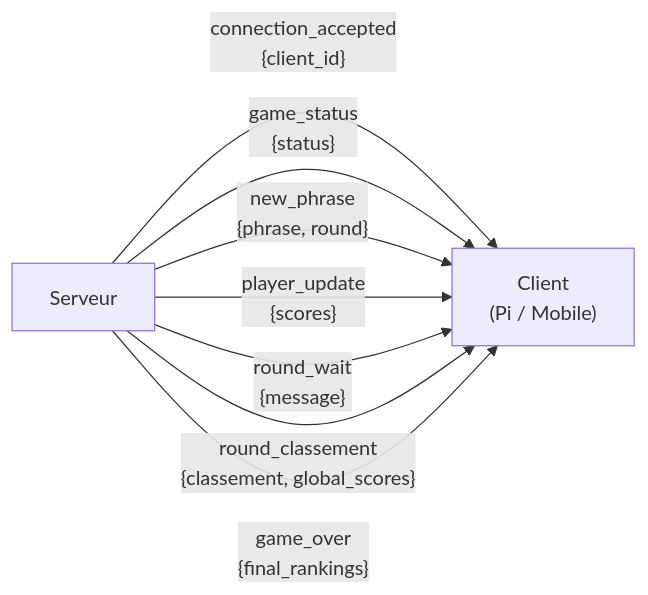
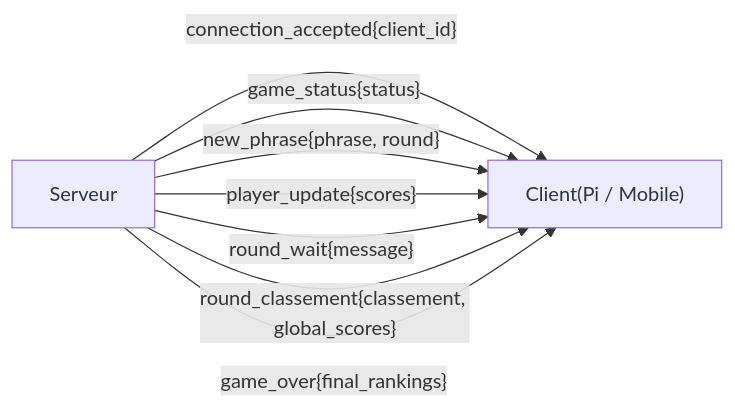
The sixth of 17 diagrams in ARCHITECTURE.md (EnterNAthan/RaceTyper), drawn with Mermaid before and after one commit. The commit also changed other lines of this file, not shown here.

Commit message:
fix architecture markdown

````diff
--- a/ARCHITECTURE.md
+++ b/ARCHITECTURE.md
@@ -231,14 +231,14 @@
 ```mermaid
 graph LR
     SRV["Serveur"]
 
-    SRV -- "connection_accepted\n{client_id}" --> C1
-    SRV -- "game_status\n{status}" --> C1
-    SRV -- "new_phrase\n{phrase, round}" --> C1
-    SRV -- "player_update\n{scores}" --> C1
-    SRV -- "round_wait\n{message}" --> C1
-    SRV -- "round_classement\n{classement, global_scores}" --> C1
-    SRV -- "game_over\n{final_rankings}" --> C1
+    SRV -- "connection_accepted{client_id}" --> C1
+    SRV -- "game_status{status}" --> C1
+    SRV -- "new_phrase{phrase, round}" --> C1
+    SRV -- "player_update{scores}" --> C1
+    SRV -- "round_wait{message}" --> C1
+    SRV -- "round_classement{classement, global_scores}" --> C1
+    SRV -- "game_over{final_rankings}" --> C1
 
-    C1["Client\n(Pi / Mobile)"]
+    C1["Client(Pi / Mobile)"]
 ```
````
